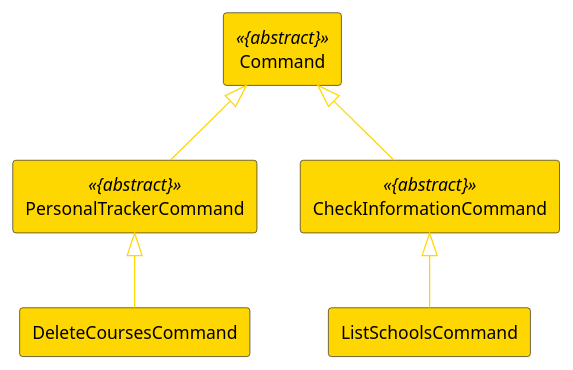
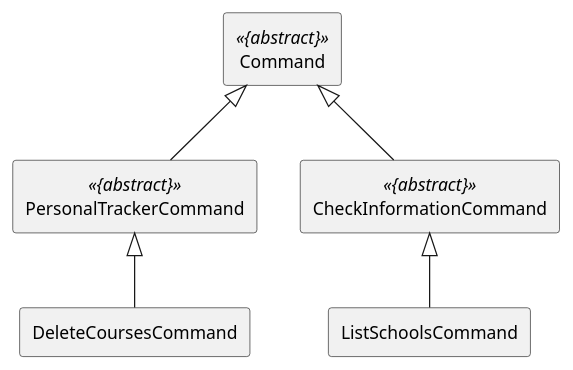
Before and after one commit to nus-cs2113-AY2425S1/tp: the diagram in docs/diagrams/MiniCommandClass.puml, drawn with PlantUML. The commit also changed 2 other files, not shown here.

Commit message:
Fix list schools

```diff
--- a/docs/diagrams/MiniCommandClass.puml
+++ b/docs/diagrams/MiniCommandClass.puml
@@ -1,17 +1,17 @@
 @startuml
 
 skinparam componentStyle rectangle
 
-component PersonalTrackerCommand <<{abstract}>> #gold
-component CheckInformationCommand <<{abstract}>> #gold
-component ListSchoolsCommand #gold
-component DeleteCoursesCommand #gold
-component Command <<{abstract}>> #gold
+component PersonalTrackerCommand <<{abstract}>>
+component CheckInformationCommand <<{abstract}>>
+component ListSchoolsCommand
+component DeleteCoursesCommand
+component Command <<{abstract}>>
 
-PersonalTrackerCommand -up[#gold]-|> Command
-CheckInformationCommand -up[#gold]-|> Command
+PersonalTrackerCommand -up-|> Command
+CheckInformationCommand -up-|> Command
 
-ListSchoolsCommand -up[#gold]-|> CheckInformationCommand
-DeleteCoursesCommand -up[#gold]-|> PersonalTrackerCommand
+ListSchoolsCommand -up-|> CheckInformationCommand
+DeleteCoursesCommand -up-|> PersonalTrackerCommand
 
 @enduml
```
